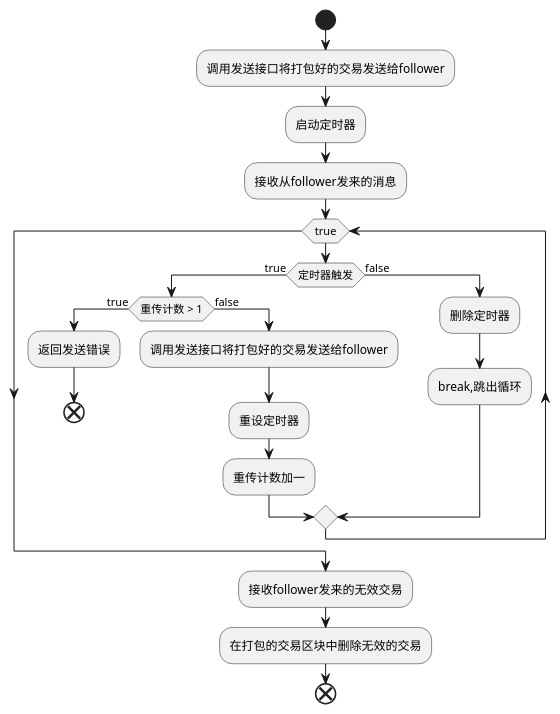
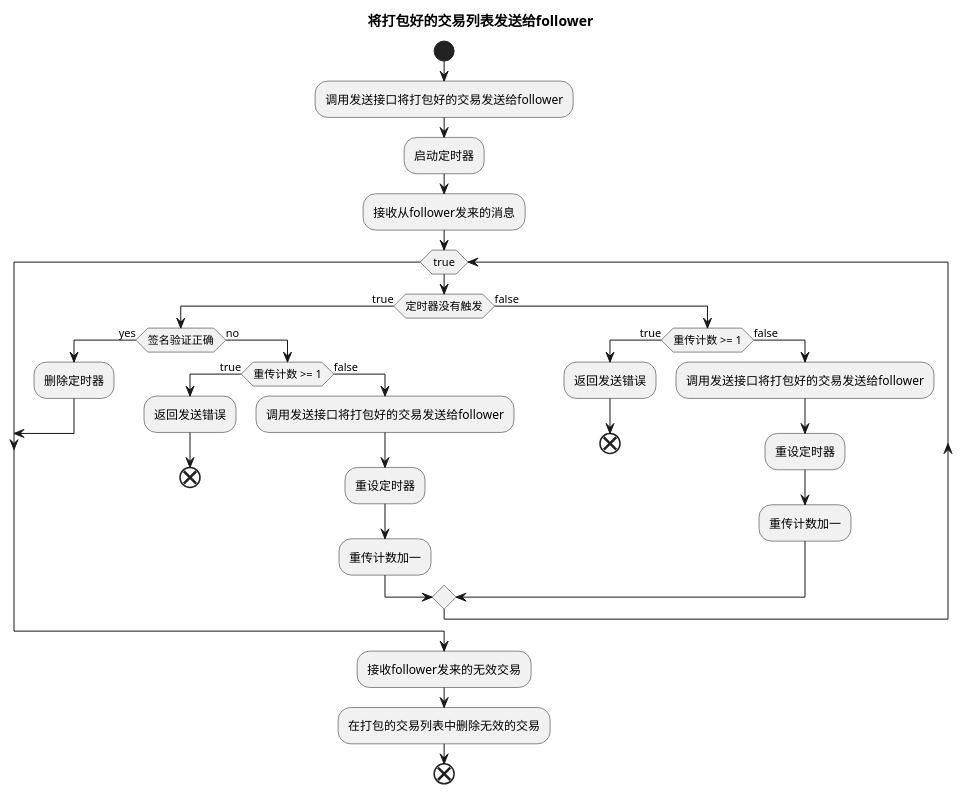
Before and after one commit to alvinleee/matrix-work: the diagram in doc/sendTxToFollower.wsd, drawn with PlantUML. The commit also changed 6 other files, not shown here.

Commit message:
update leader的具体函数流程图

```diff
--- a/doc/sendTxToFollower.wsd
+++ b/doc/sendTxToFollower.wsd
@@ -1,25 +1,36 @@
 @startuml
-
+title 将打包好的交易列表发送给follower
 start
 :调用发送接口将打包好的交易发送给follower;
 :启动定时器;
 :接收从follower发来的消息;
 while (true)
-    if (定时器触发) then (true)
-        if (重传计数 > 1) then (true)
+    if (定时器没有触发) then (true)
+    if(签名验证正确)then (yes)
+        :删除定时器;
+        break
+    else(no)
+        if (重传计数 >= 1) then (true)
             :返回发送错误;
             end
         else (false)
             :调用发送接口将打包好的交易发送给follower;
             :重设定时器;
             :重传计数加一;
         endif
+    endif
     else (false)
-        :删除定时器;
-        :break,跳出循环;
+        if (重传计数 >= 1) then (true)
+            :返回发送错误;
+            end
+        else (false)
+            :调用发送接口将打包好的交易发送给follower;
+            :重设定时器;
+            :重传计数加一;
+        endif
     endif
 endwhile
     :接收follower发来的无效交易;
-    :在打包的交易区块中删除无效的交易;
+    :在打包的交易列表中删除无效的交易;
 end
 @enduml
```
